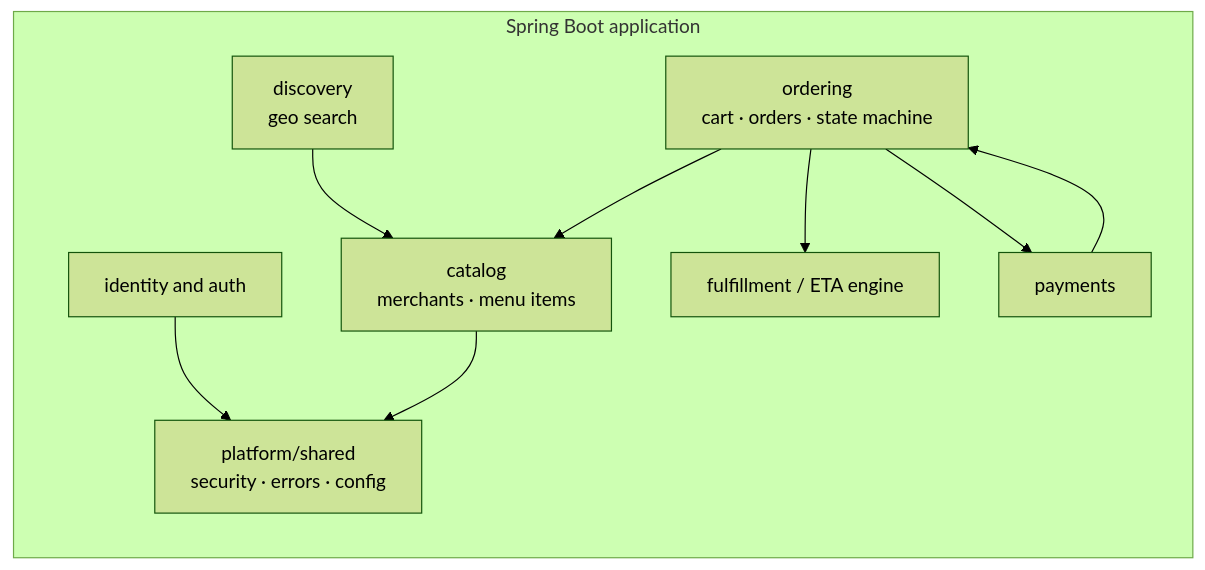
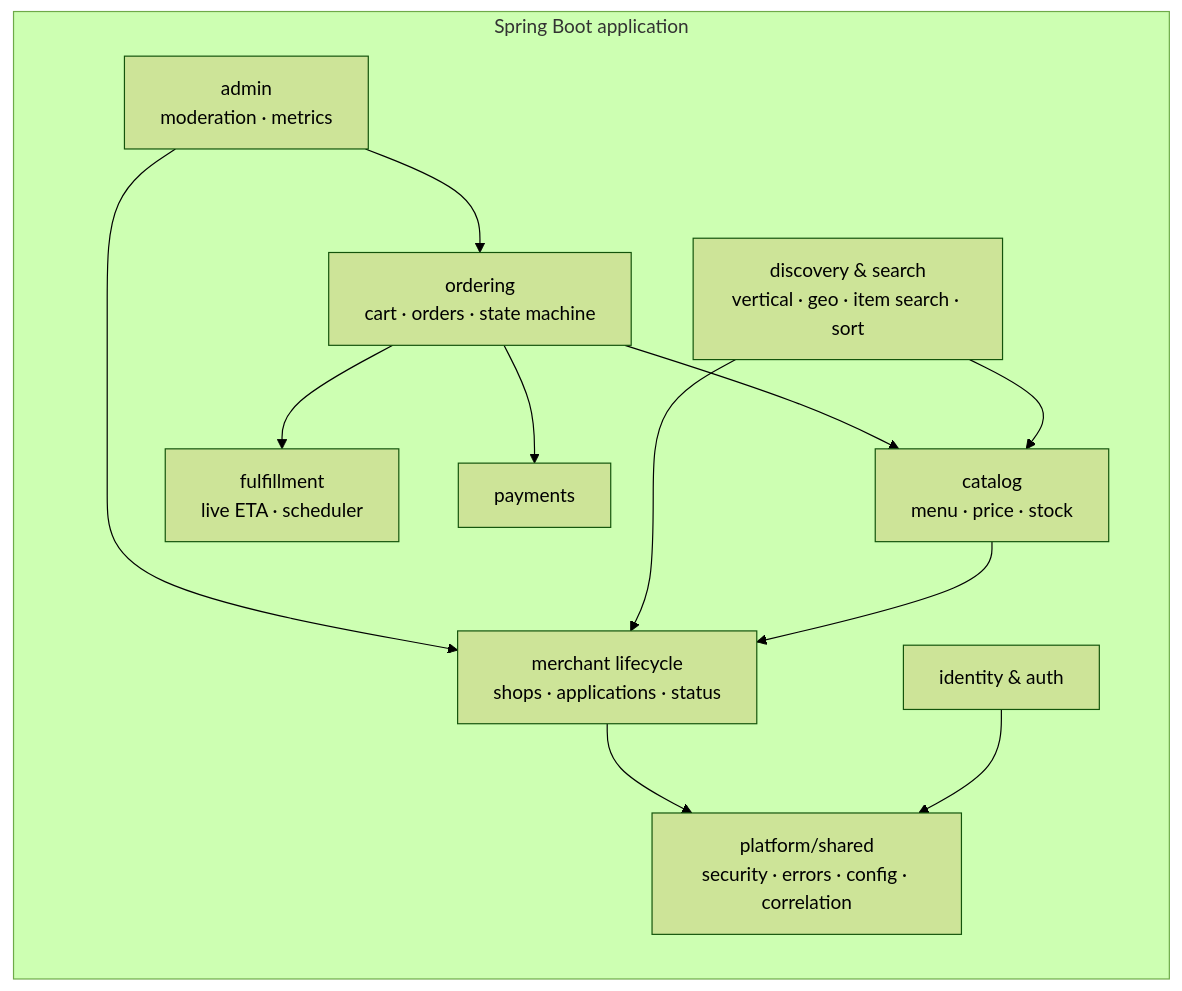
The second of 10 diagrams in ARCHITECTURE.md (ManoharEldhandi/OnTheWay), drawn with Mermaid (forest theme) before and after one commit. The commit also changed other lines of this file and 1 other file, not shown here.

First line of the commit message:
docs: re-plan as role-separated product (architecture v2 + new to-do)

````diff
--- a/ARCHITECTURE.md
+++ b/ARCHITECTURE.md
@@ -68,21 +91,26 @@
 ```mermaid
 graph LR
     subgraph Backend[Spring Boot application]
       direction TB
-      AUTH[identity and auth]
-      CAT[catalog<br/>merchants · menu items]
-      DISC[discovery<br/>geo search]
+      AUTH[identity & auth]
+      MERCH[merchant lifecycle<br/>shops · applications · status]
+      CAT[catalog<br/>menu · price · stock]
+      DISC[discovery & search<br/>vertical · geo · item search · sort]
       ORD[ordering<br/>cart · orders · state machine]
-      ETA[fulfillment / ETA engine]
+      ETA[fulfillment<br/>live ETA · scheduler]
       PAY[payments]
-      PLAT[platform/shared<br/>security · errors · config]
+      ADMIN[admin<br/>moderation · metrics]
+      PLAT[platform/shared<br/>security · errors · config · correlation]
     end
 
     AUTH --> PLAT
-    CAT --> PLAT
+    MERCH --> PLAT
+    CAT --> MERCH
     DISC --> CAT
+    DISC --> MERCH
     ORD --> CAT
     ORD --> ETA
     ORD --> PAY
-    PAY --> ORD
+    ADMIN --> MERCH
+    ADMIN --> ORD
 ```
````
